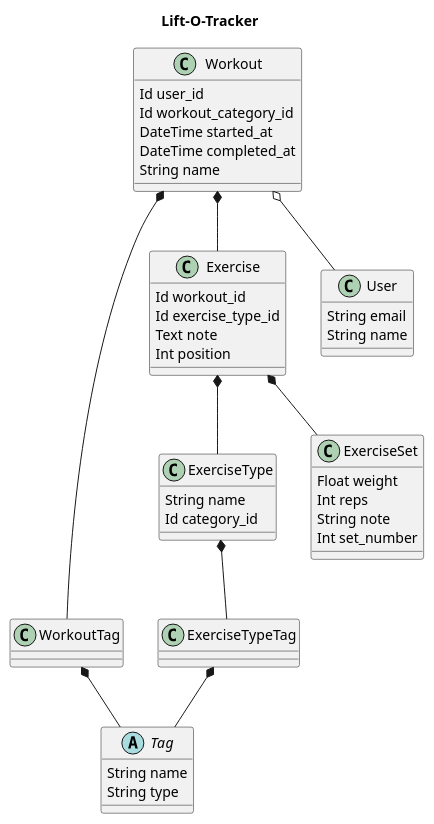
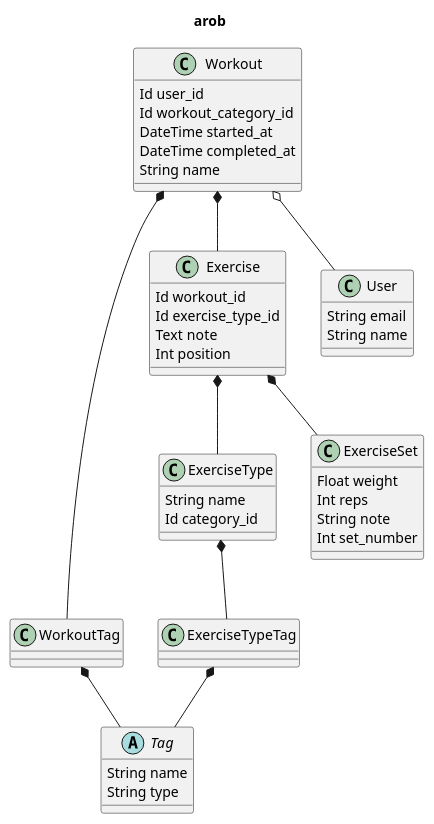
One commit to AnthonyRobertson17/arob changed the diagram in docs/model_architecture.PLANTUML. Above: the diagram before and after it, drawn with PlantUML. The commit also changed 7 other files, not shown here.

```diff
--- a/docs/model_architecture.PLANTUML
+++ b/docs/model_architecture.PLANTUML
@@ -1,57 +1,57 @@
-@startuml Lift-O-Tracker
+@startuml arob
 
-title Lift-O-Tracker
+title arob
 
 class ExerciseType {
   String name
   Id category_id
 }
 
 abstract class Tag {
   String name
   String type
 }
 
 class ExerciseTypeTag {
 }
 
 class WorkoutTag {
 }
 
 class Workout {
   Id user_id
   Id workout_category_id
   DateTime started_at
   DateTime completed_at
   String name
 }
 
 class Exercise {
   Id workout_id
   Id exercise_type_id
   Text note
   Int position
 }
 
 class ExerciseSet {
   Float weight
   Int reps
   String note
   Int set_number
 }
 
 class User {
   String email
   String name
 }
 
 Workout o-- User
 Exercise *-- ExerciseSet
 Workout *-- Exercise
 Exercise *-- ExerciseType
 ExerciseType *-- ExerciseTypeTag
 Workout *-- WorkoutTag
 ExerciseTypeTag *-- Tag
 WorkoutTag *-- Tag
 
 @enduml
```
